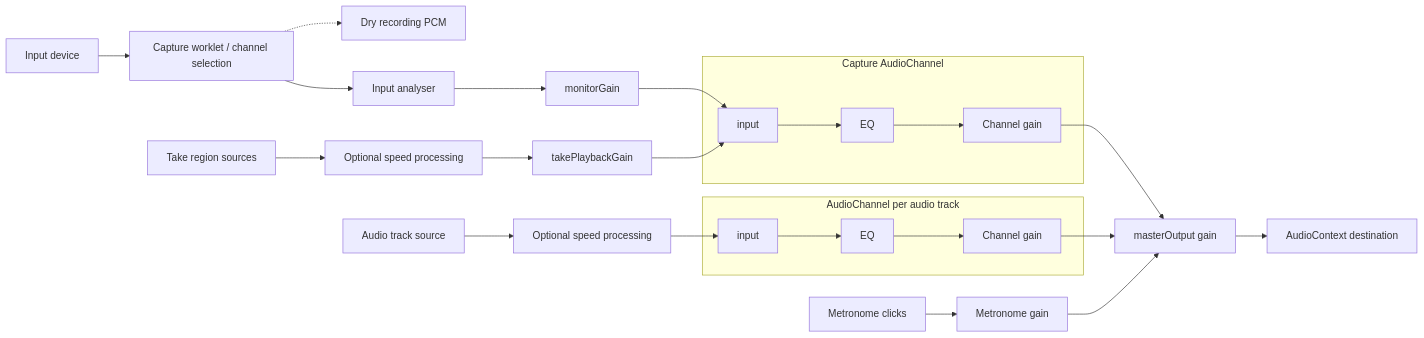
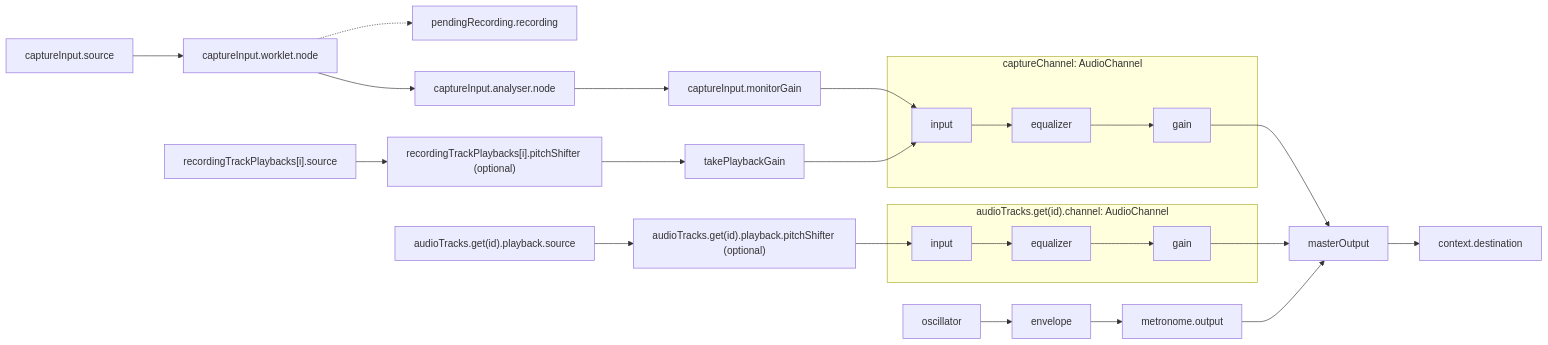
The diagram in src/lib/recorder/README.md (hi-ogawa/toy-midi), drawn with Mermaid before and after one commit. The commit also changed other lines of this file, not shown here.

Commit message:
docs: match signal diagram labels to implementation names

````diff
--- a/src/lib/recorder/README.md
+++ b/src/lib/recorder/README.md
@@ -9,29 +9,30 @@
 ```mermaid
 flowchart LR
-    Device["Input device"] --> Worklet["Capture worklet / channel selection"]
-    Worklet -.-> Recording["Dry recording PCM"]
-    Worklet --> Meter["Input analyser"]
-    Meter --> Monitor["monitorGain"]
-    Monitor --> CaptureInput
-    Takes["Take region sources"] --> TakeSpeed["Optional speed processing"]
-    TakeSpeed --> TakeGain["takePlaybackGain"]
-    TakeGain --> CaptureInput
+    captureSource["captureInput.source"] --> captureWorklet["captureInput.worklet.node"]
+    captureWorklet -.-> recording["pendingRecording.recording"]
+    captureWorklet --> analyser["captureInput.analyser.node"]
+    analyser --> monitorGain["captureInput.monitorGain"]
+    monitorGain --> captureInput
+    takeSource["recordingTrackPlaybacks[i].source"] --> takePitchShifter["recordingTrackPlaybacks[i].pitchShifter (optional)"]
+    takePitchShifter --> takePlaybackGain["takePlaybackGain"]
+    takePlaybackGain --> captureInput
 
-    subgraph CaptureChannel["Capture AudioChannel"]
-        CaptureInput["input"] --> CaptureEQ["EQ"]
-        CaptureEQ --> CaptureGain["Channel gain"]
+    subgraph captureChannel["captureChannel: AudioChannel"]
+        captureInput["input"] --> captureEqualizer["equalizer"]
+        captureEqualizer --> captureGain["gain"]
     end
 
-    Audio["Audio track source"] --> AudioSpeed["Optional speed processing"]
-    AudioSpeed --> TrackInput
-    subgraph TrackChannel["AudioChannel per audio track"]
-        TrackInput["input"] --> TrackEQ["EQ"]
-        TrackEQ --> TrackGain["Channel gain"]
+    audioSource["audioTracks.get(id).playback.source"] --> audioPitchShifter["audioTracks.get(id).playback.pitchShifter (optional)"]
+    audioPitchShifter --> trackInput
+    subgraph audioChannel["audioTracks.get(id).channel: AudioChannel"]
+        trackInput["input"] --> trackEqualizer["equalizer"]
+        trackEqualizer --> trackGain["gain"]
     end
 
-    CaptureGain --> Master["masterOutput gain"]
-    TrackGain --> Master
-    Metro["Metronome clicks"] --> MetroGain["Metronome gain"]
-    MetroGain --> Master
-    Master --> Destination["AudioContext destination"]
+    captureGain --> masterOutput["masterOutput"]
+    trackGain --> masterOutput
+    oscillator["oscillator"] --> envelope["envelope"]
+    envelope --> metronomeOutput["metronome.output"]
+    metronomeOutput --> masterOutput
+    masterOutput --> destination["context.destination"]
 ```
````
